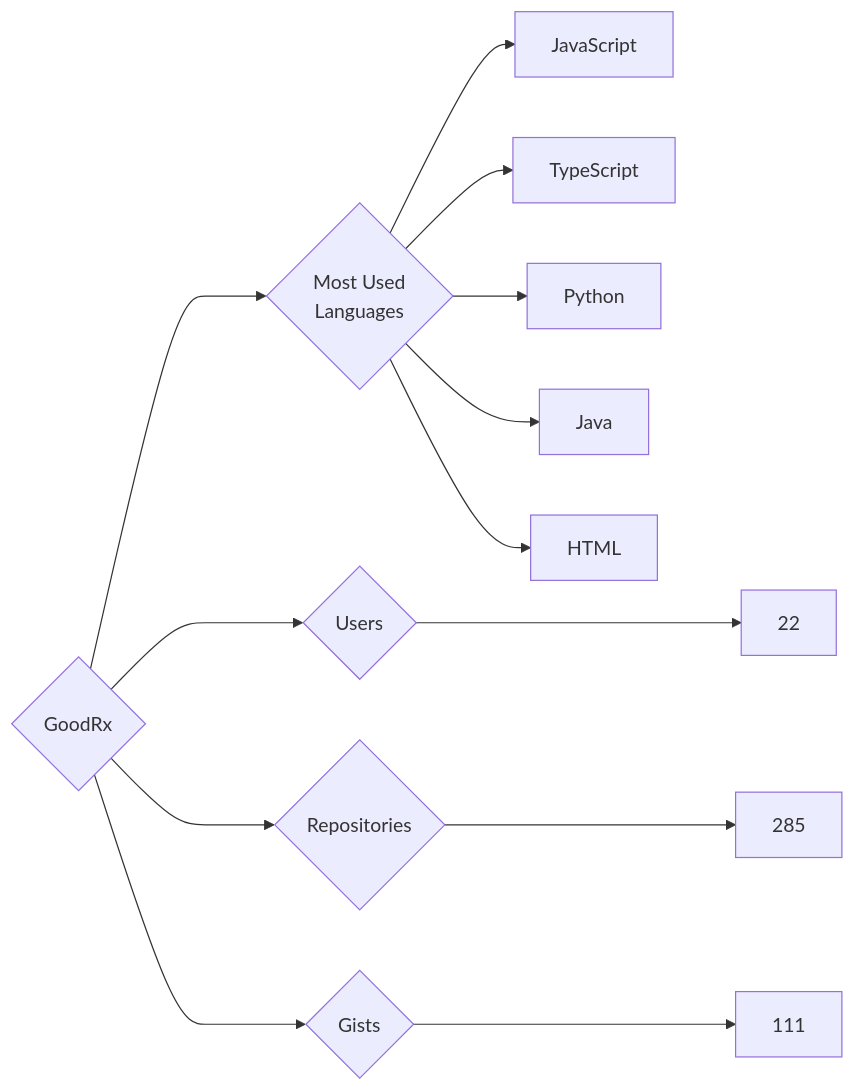
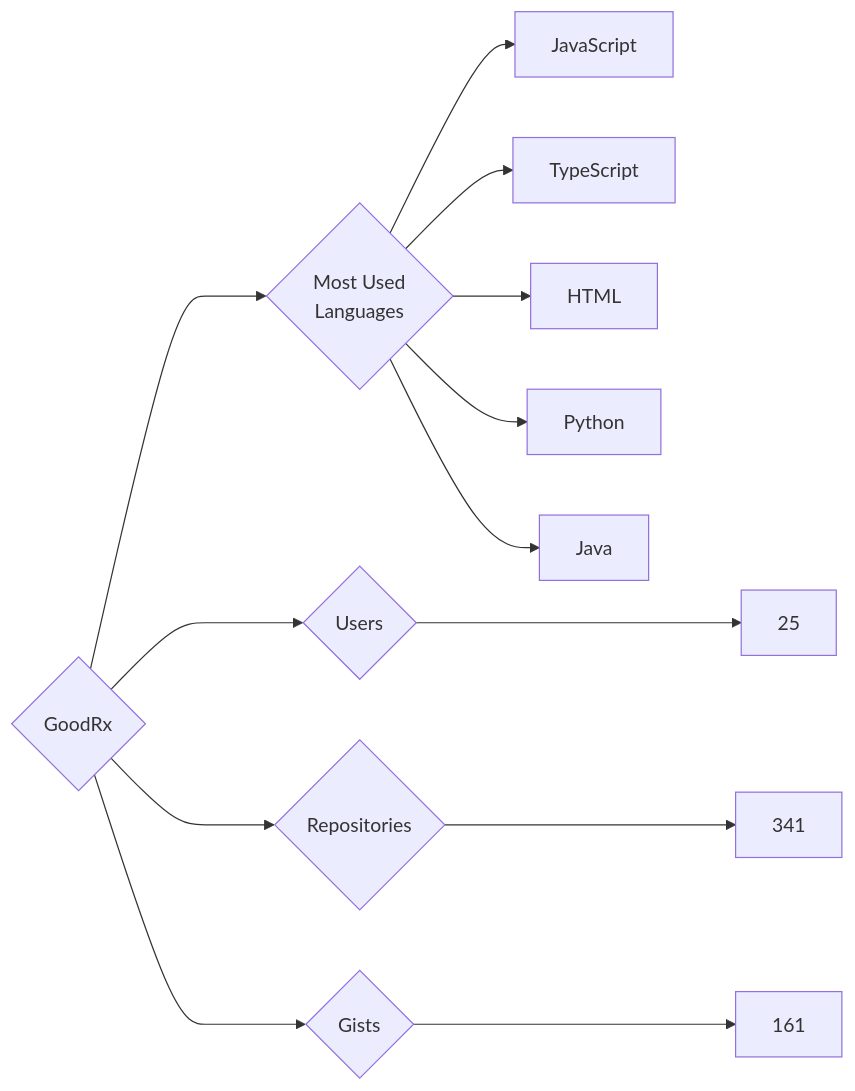
Before and after one commit to trickest/insiders: the diagram in targets/GoodRx/README.md, drawn with Mermaid. The commit also changed 745 other files, not shown here.

````diff
--- a/targets/GoodRx/README.md
+++ b/targets/GoodRx/README.md
@@ -3,13 +3,13 @@
 ```mermaid
 graph LR
 COMPANY_NAME{GoodRx}
-COMPANY_NAME ---> U{Users} ---> UN[22]
-COMPANY_NAME ---> R{Repositories} ---> RN[285]
-COMPANY_NAME ---> G{Gists} ---> GN[111]
+COMPANY_NAME ---> U{Users} ---> UN[25]
+COMPANY_NAME ---> R{Repositories} ---> RN[341]
+COMPANY_NAME ---> G{Gists} ---> GN[161]
 COMPANY_NAME ---> ML{Most Used<br>Languages}
 ML --> JavaScript[JavaScript]
 ML --> TypeScript[TypeScript]
+ML --> HTML[HTML]
 ML --> Python[Python]
 ML --> Java[Java]
-ML --> HTML[HTML]
 ```
````
